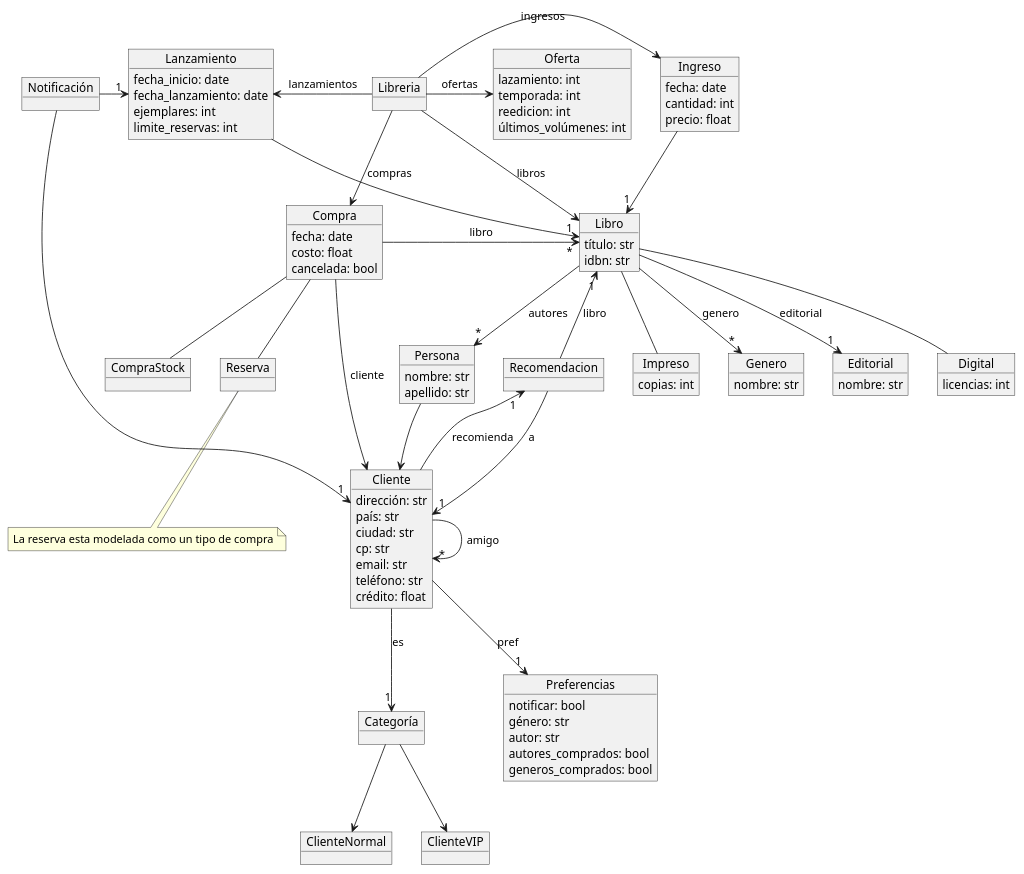
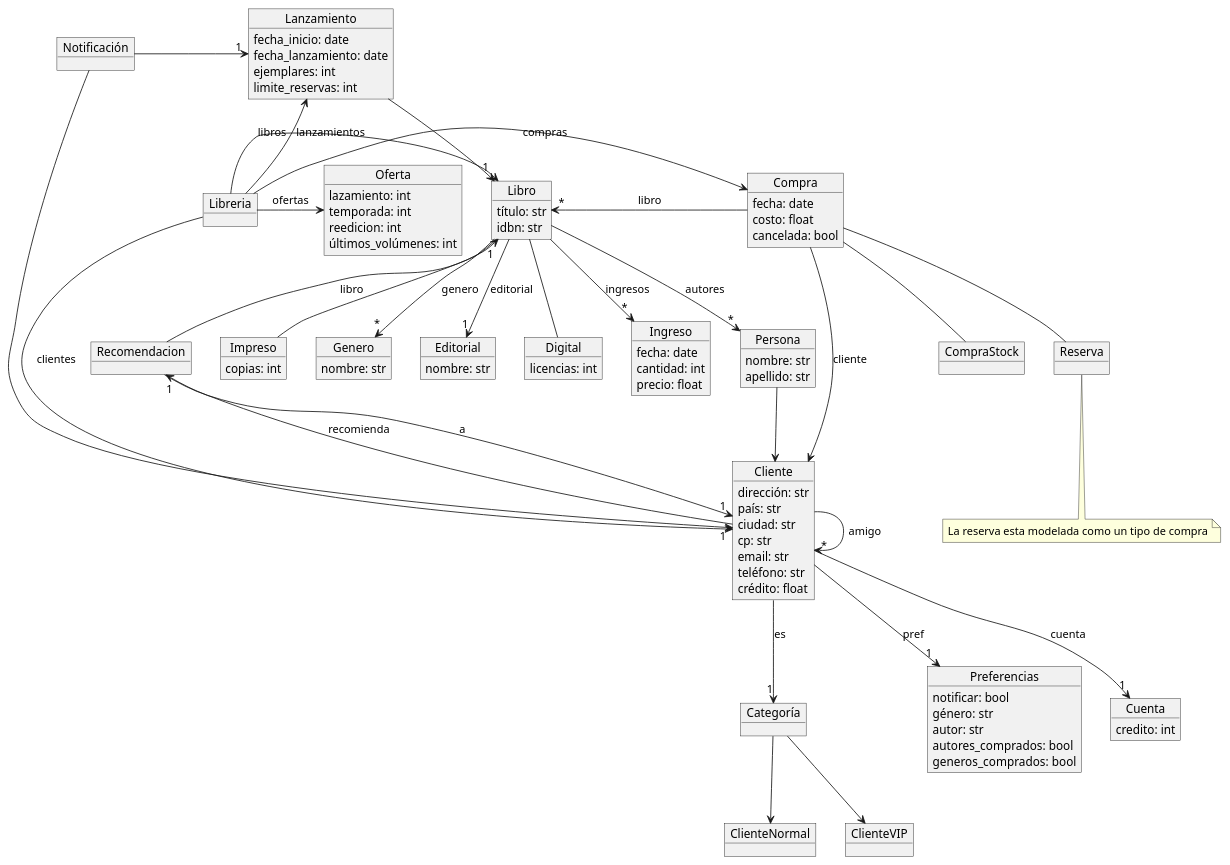
One commit to pablodanielrey/dsbm changed the diagram in tp/modelo-de-dominio.plantuml. Above: the diagram before and after it, drawn with PlantUML. The commit also changed 1 other file, not shown here.

Commit message:
agrego lo ultimo del diagrama de secuencia. me parece que esta mas o menos ok

```diff
--- a/tp/modelo-de-dominio.plantuml
+++ b/tp/modelo-de-dominio.plantuml
@@ -1,149 +1,151 @@
 @startuml
 
 
 object Oferta {
     lazamiento: int
     temporada: int
     reedicion: int
     últimos_volúmenes: int
 }
 
 
 together {
     object Persona {
         nombre: str
         apellido: str
     }
     object Cliente {
         dirección: str
         país: str
         ciudad: str
         cp: str
         email: str
         teléfono: str
         crédito: float
     }
 
     object Categoría
     object ClienteNormal
     object ClienteVIP
 }
 
 object Preferencias {
     notificar: bool
     género: str
     autor: str
     autores_comprados: bool
     generos_comprados: bool
 }
 
 together {
     object Libro {
         título: str
         idbn: str
     }
     object Digital {
         licencias: int
     }
     object Impreso {
         copias: int
     }
     object Genero {
         nombre: str
     }
     object Editorial {
         nombre: str
     }
 }
 
-
-
-
 object Compra {
     fecha: date
     costo: float
     cancelada: bool
 }
 object CompraStock {
 }
 object Reserva {
 }
 note bottom of Reserva: La reserva esta modelada como un tipo de compra
 
 
 object Ingreso {
     fecha: date
     cantidad: int
     precio: float
 }
 
 object Recomendacion
 
 object Notificación
 
 object Libreria {
 }
 
 object Lanzamiento {
     fecha_inicio: date
     fecha_lanzamiento: date
     ejemplares: int
     limite_reservas: int
 }
 
+object Cuenta {
+    credito: int
+}
 
+
+Libreria -> Cliente : clientes
 Libreria -> Libro : libros
 Libreria -> Compra : compras
-Libreria -> Ingreso : ingresos
 Libreria -> Oferta : ofertas
 Libreria -l-> Lanzamiento : lanzamientos
 
 /'
 object Inventario
 object StockDigital {
     licencias: int
 }
 object StockFisico {
     copias: int
 }
 
 Inventario -u- StockDigital
 StockDigital -u- "1" Digital : en_stock
 Inventario -u- StockFisico
 StockFisico -u- "1" Impreso : en_stock
 '/
 
 Cliente -d-> "1" Preferencias : pref
+Cliente -d-> "1" Cuenta : cuenta
 
 
 Compra -> "*" Libro : libro
 Compra -d- CompraStock
 Compra -d- Reserva
 Compra -> Cliente : cliente
 
 Libro --> "*" Persona : autores
 Libro --> "*" Genero: genero
 Libro --> "1" Editorial: editorial
+Libro --> "*" Ingreso : ingresos
 
 Persona -d-> Cliente
 Cliente -d-> "1" Categoría : es
 Categoría -d-> ClienteNormal
 Categoría -d-> ClienteVIP
 
 'Cliente ---> "*" Compra : realiza
 Cliente -> "*" Cliente : amigo
 Cliente -u-> "1" Recomendacion : recomienda
 Recomendacion --> "1" Cliente : a
 Recomendacion -l-> "1" Libro : libro
 
 
 Libro -d- Digital
 Libro -d- Impreso
 
-Ingreso -d-> "1" Libro
 Lanzamiento -d-> "1" Libro
 
 Notificación -> "1" Cliente
 Notificación -> "1" Lanzamiento
 
 @enduml
```
